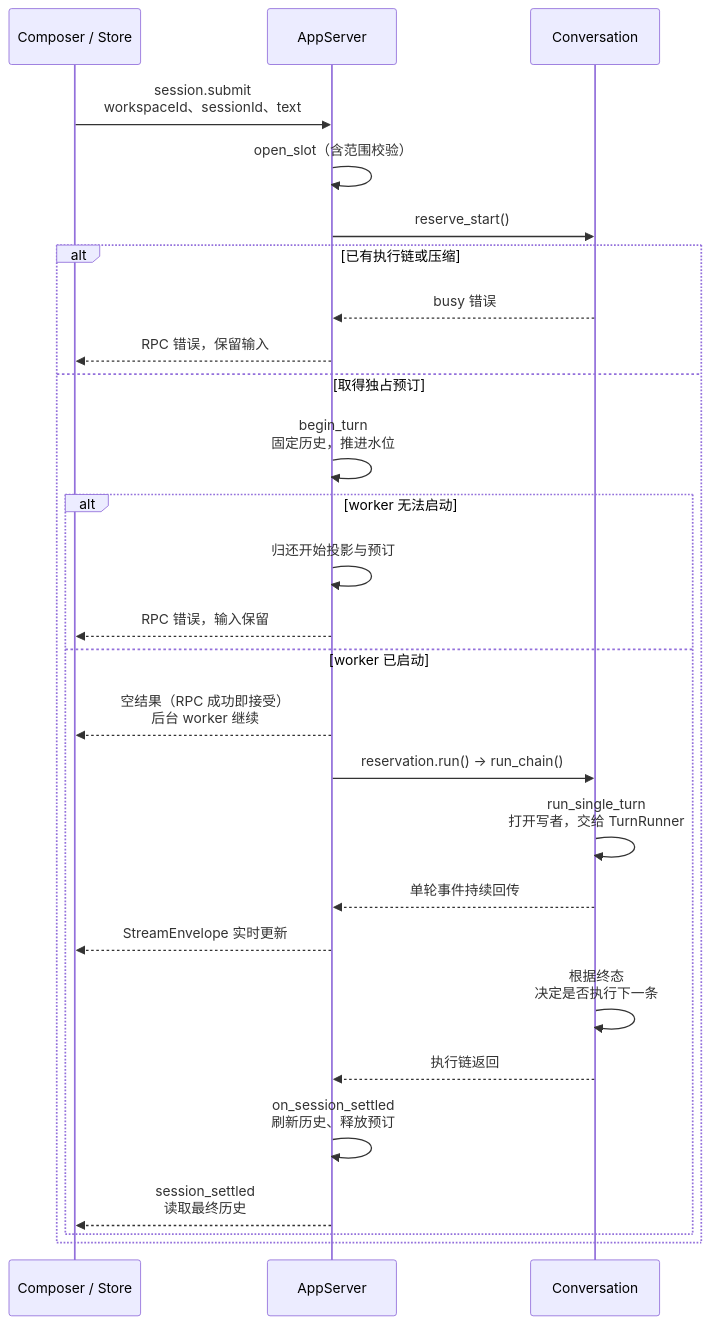
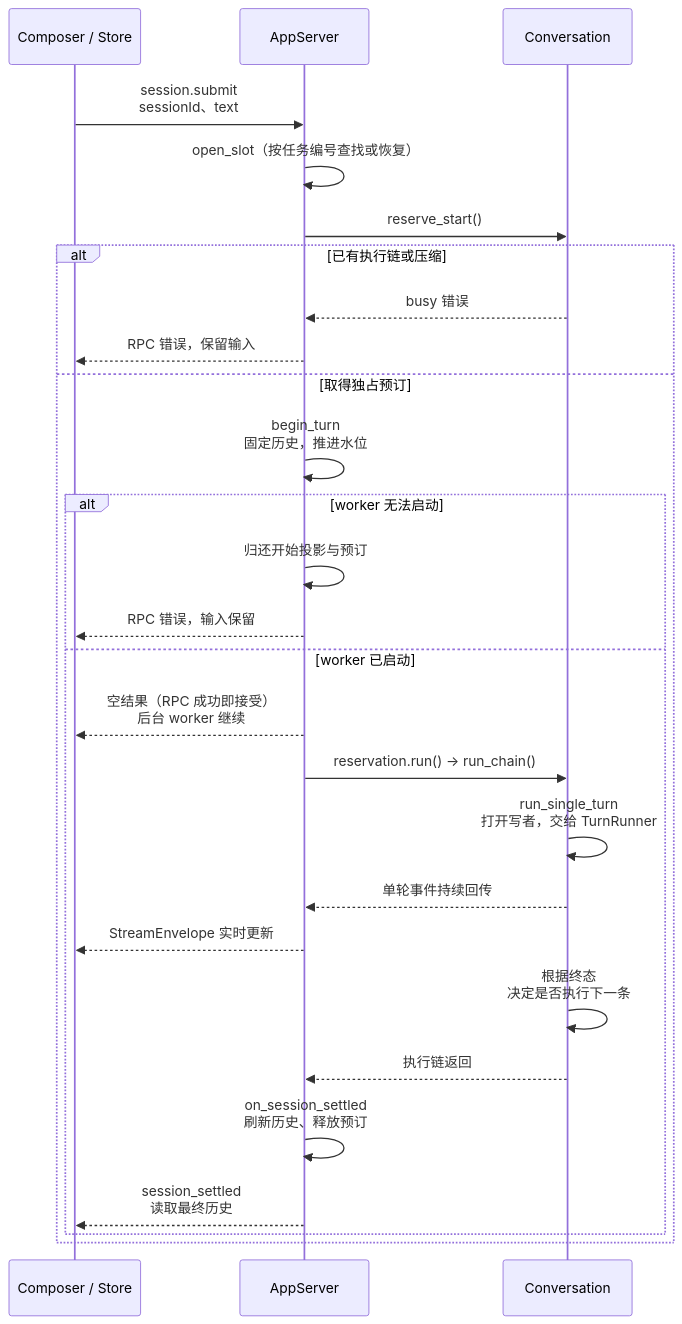
One commit to qjcnmd/singularity-agent changed diagram 12 of 29 in docs/architecture.md. Above: the diagram before and after it, drawn with Mermaid. The commit also changed other lines of this file and 137 other files, not shown here.

````diff
--- a/docs/architecture.md
+++ b/docs/architecture.md
@@ -321,29 +321,29 @@
 ```mermaid
 sequenceDiagram
     participant UI as Composer / Store
     participant WB as AppServer
     participant Conv as Conversation
-    UI->>WB: session.submit<br/>workspaceId、sessionId、text
-    WB->>WB: open_slot（含范围校验）
+    UI->>WB: session.submit<br/>sessionId、text
+    WB->>WB: open_slot（按任务编号查找或恢复）
     WB->>Conv: reserve_start()
     alt 已有执行链或压缩
         Conv-->>WB: busy 错误
         WB-->>UI: RPC 错误，保留输入
     else 取得独占预订
         WB->>WB: begin_turn<br/>固定历史，推进水位
         alt worker 无法启动
             WB->>WB: 归还开始投影与预订
             WB-->>UI: RPC 错误，输入保留
         else worker 已启动
             WB-->>UI: 空结果（RPC 成功即接受）<br/>后台 worker 继续
             WB->>Conv: reservation.run() → run_chain()
             Conv->>Conv: run_single_turn<br/>打开写者，交给 TurnRunner
             Conv-->>WB: 单轮事件持续回传
             WB-->>UI: StreamEnvelope 实时更新
             Conv->>Conv: 根据终态<br/>决定是否执行下一条
             Conv-->>WB: 执行链返回
             WB->>WB: on_session_settled<br/>刷新历史、释放预订
             WB-->>UI: session_settled<br/>读取最终历史
         end
     end
 ```
````
